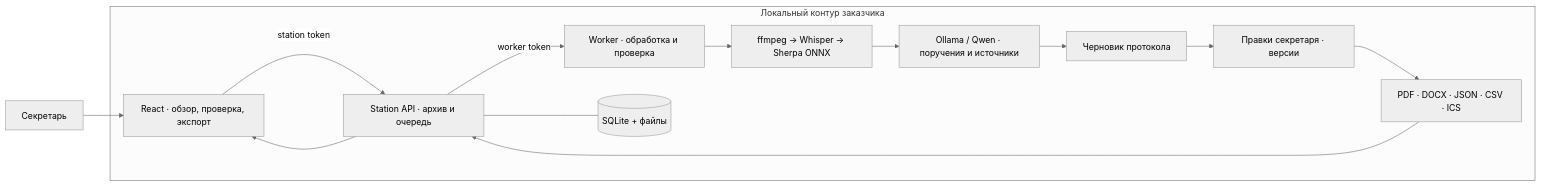
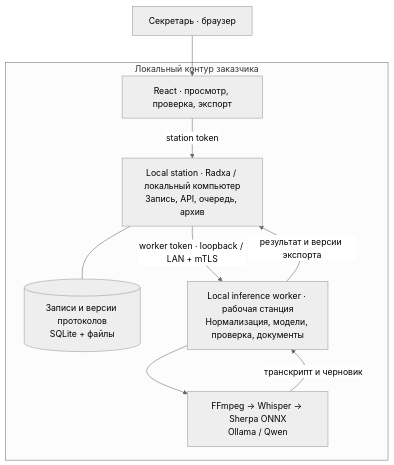
The diagram in README.md (BAITC-Hacks/hack-207ff40c-team), drawn with Mermaid (neutral theme) before and after one commit. The commit also changed other lines of this file and 41 other files, not shown here.

````diff
--- a/README.md
+++ b/README.md
@@ -11,16 +113,18 @@
 ```mermaid
-flowchart LR
-    Secretary["Секретарь"] --> UI["React · обзор, проверка, экспорт"]
-    subgraph Local["Локальный контур заказчика"]
-      UI -->|"station token"| Station["Station API · архив и очередь"]
-      Station -->|"worker token"| Worker["Worker · обработка и проверка"]
-      Worker --> Speech["ffmpeg → Whisper → Sherpa ONNX"]
-      Speech --> Language["Ollama / Qwen · поручения и источники"]
-      Language --> Draft["Черновик протокола"]
-      Draft --> Review["Правки секретаря · версии"]
-      Review --> Files["PDF · DOCX · JSON · CSV · ICS"]
-      Files --> Station
-      Station --- Archive[("SQLite + файлы")]
+flowchart TB
+    Secretary["Секретарь · браузер"]
+    subgraph Private["Локальный контур заказчика"]
+        UI["React · просмотр, проверка, экспорт"]
+        Station["Local station · Radxa / локальный компьютер\nЗапись, API, очередь, архив"]
+        Archive[("Записи и версии протоколов\nSQLite + файлы")]
+        Worker["Local inference worker · рабочая станция\nНормализация, модели, проверка, документы"]
+        Models["FFmpeg → Whisper → Sherpa ONNX\nOllama / Qwen"]
+        UI -->|"station token"| Station
+        Station --- Archive
+        Station -->|"worker token · loopback / LAN + mTLS"| Worker
+        Worker --> Models
+        Models -->|"транскрипт и черновик"| Worker
+        Worker -->|"результат и версии экспорта"| Station
     end
-    Station --> UI
+    Secretary --> UI
 ```
````
